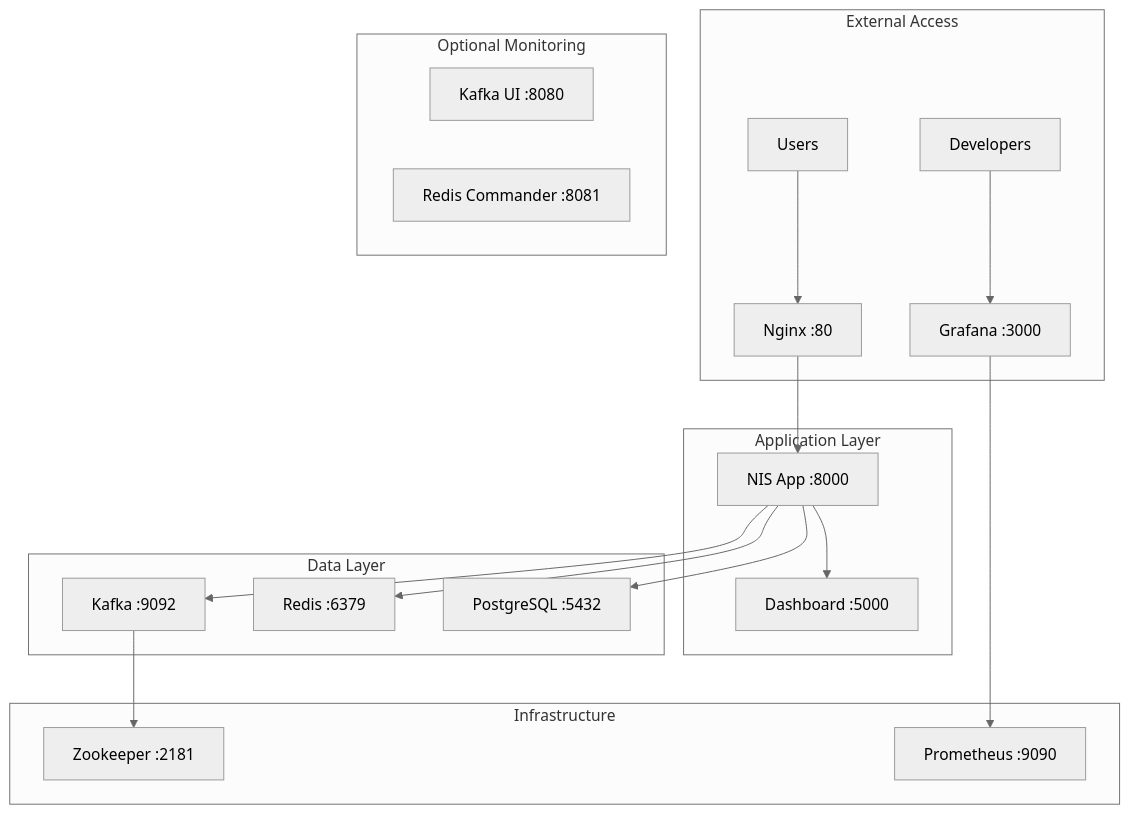
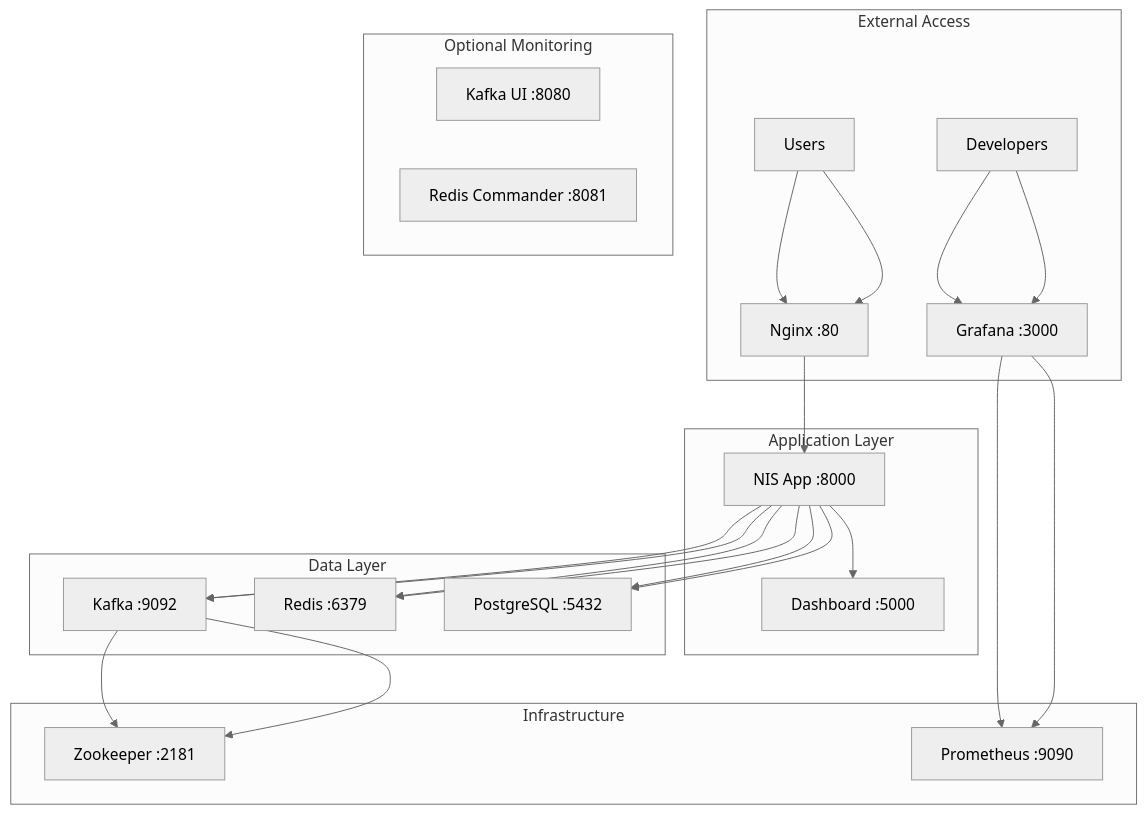
One commit to Organica-Ai-Solutions/NIS_Protocol changed the first of 2 diagrams in docs/ARCHITECTURE.md. Above: the diagram before and after it, drawn with Mermaid (neutral theme). The commit also changed other lines of this file and 160 other files, not shown here.

````diff
--- a/docs/ARCHITECTURE.md
+++ b/docs/ARCHITECTURE.md
@@ -25,28 +25,34 @@
 ```mermaid
 graph TB
     subgraph "External Access"
         U[Users] --> N[Nginx :80]
         D[Developers] --> G[Grafana :3000]
     end
     
     subgraph "Application Layer"
         N --> A[NIS App :8000]
         A --> M[Dashboard :5000]
     end
     
     subgraph "Data Layer"
         A --> K[Kafka :9092]
         A --> R[Redis :6379] 
         A --> P[PostgreSQL :5432]
     end
     
     subgraph "Infrastructure"
         K --> Z[Zookeeper :2181]
         G --> PR[Prometheus :9090]
     end
     
     subgraph "Optional Monitoring"
         KU[Kafka UI :8080]
         RC[Redis Commander :8081]
     end
+    
+    U --> N
+    D --> G --> PR
+    A --> K --> Z
+    A --> R
+    A --> P
 ```
````
